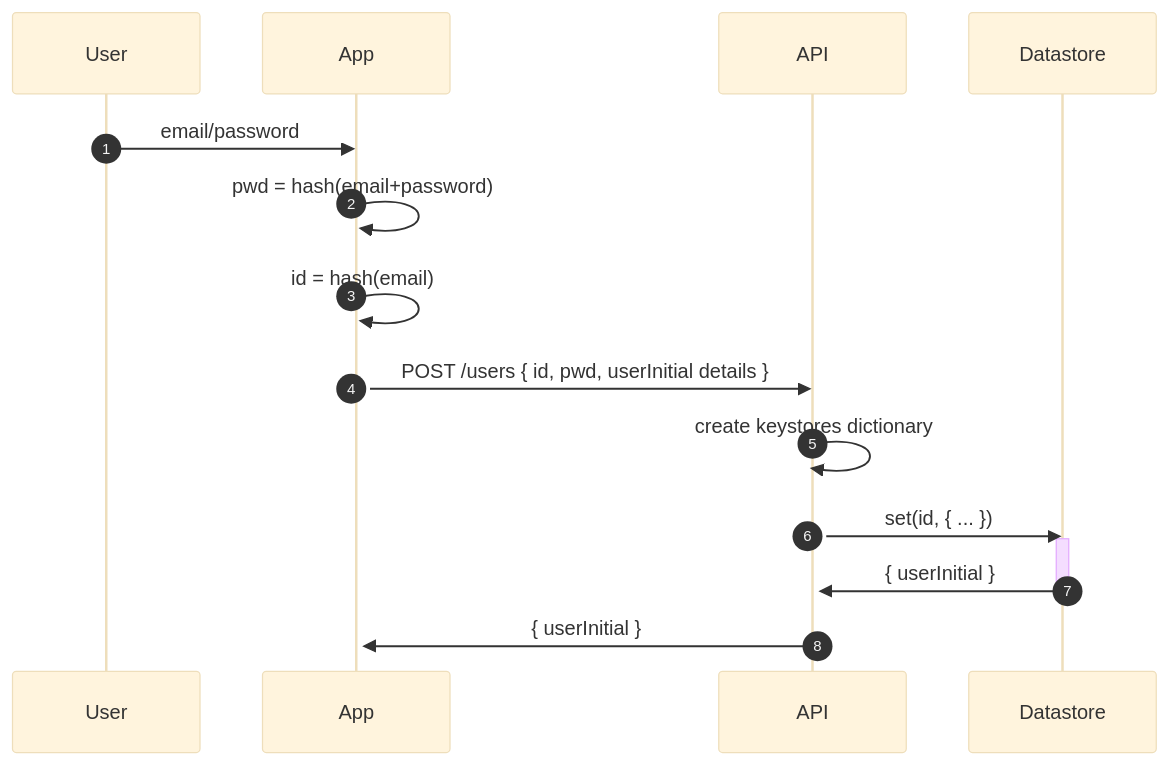
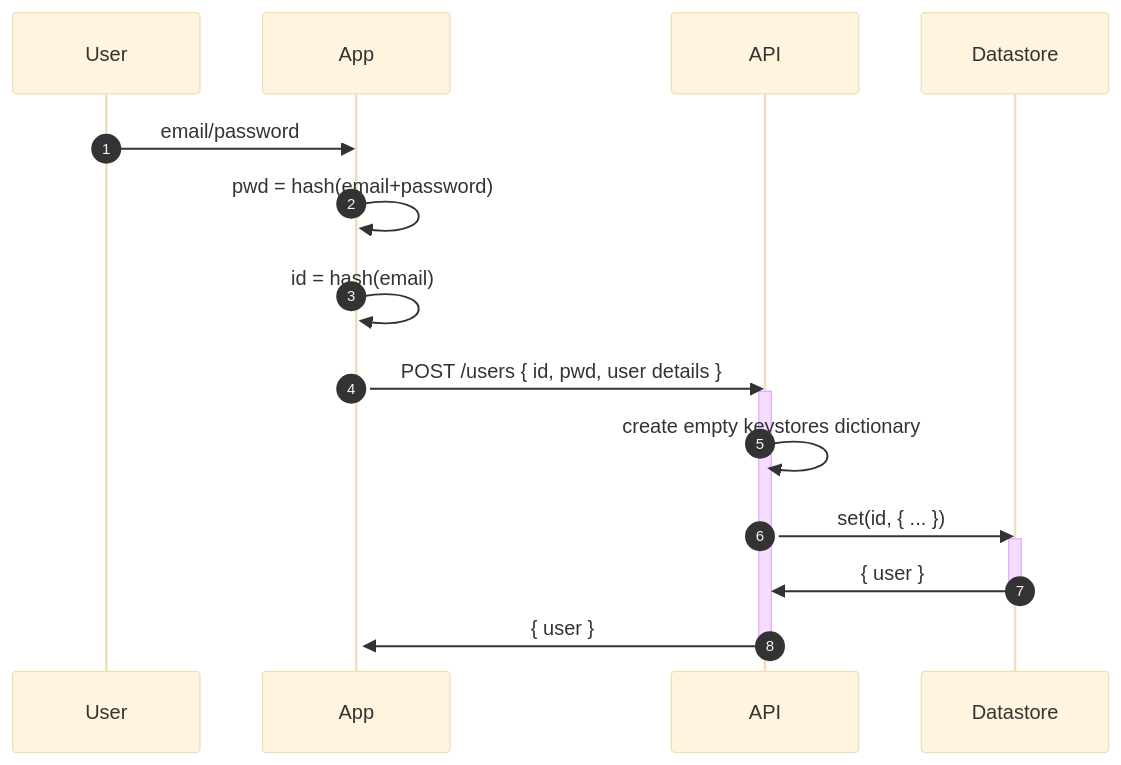
One commit to numical/my-finances changed the first of 3 diagrams in docs/stateless-server-sequence-diagrams.md. Above: the diagram before and after it, drawn with Mermaid (base theme). The commit also changed other lines of this file and 1 other file, not shown here.

````diff
--- a/docs/stateless-server-sequence-diagrams.md
+++ b/docs/stateless-server-sequence-diagrams.md
@@ -3,16 +11,17 @@
 ```mermaid
 sequenceDiagram
   autonumber
   User->>App: email/password
   activate App
   App->>App: pwd = hash(email+password)
   App->>App: id = hash(email)
-  App->>API: POST /users { id, pwd, userInitial details }
-  API->>API: create keystores dictionary
+  App->>API: POST /users { id, pwd, user details }
   activate API
+  API->>API: create empty keystores dictionary
   API->>Datastore: set(id, { ... })
   activate Datastore
-  Datastore->>API: { userInitial }
+  Datastore->>API: { user }
   deactivate Datastore
-  API ->>App: { userInitial }
+  API ->>App: { user }
+  deactivate API
 ```  
````
